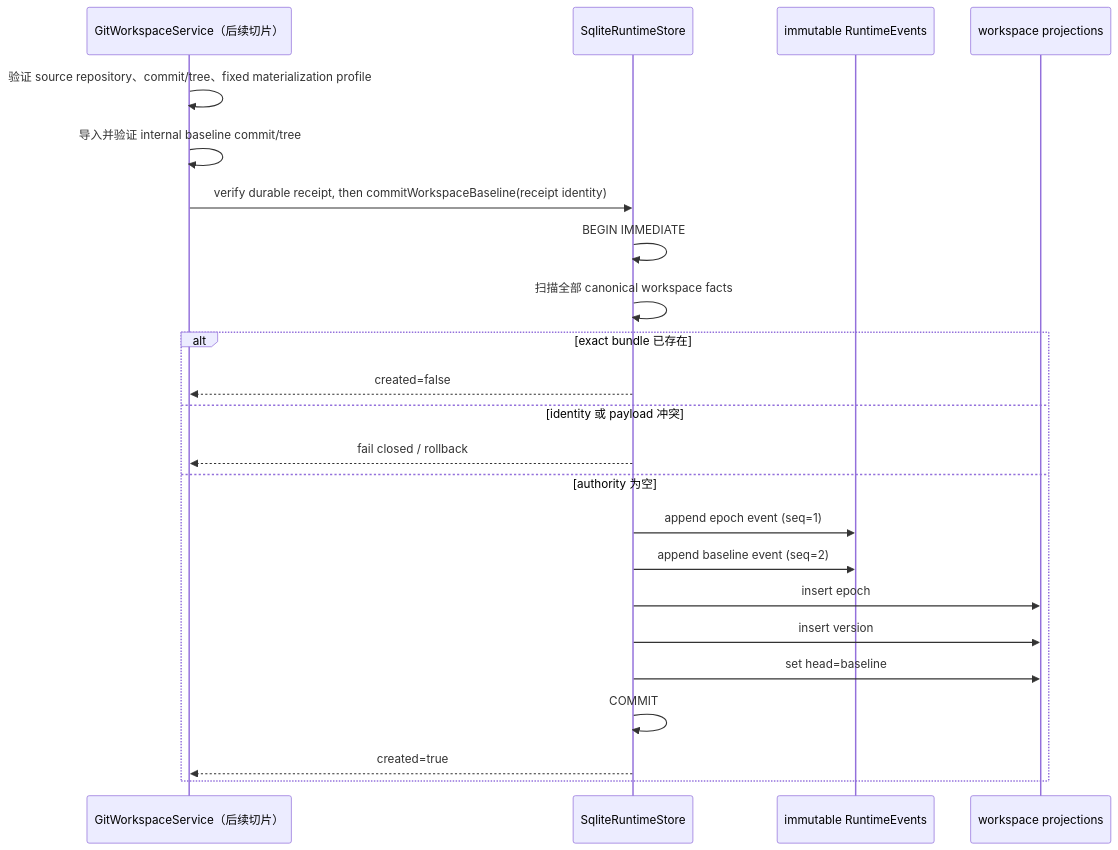
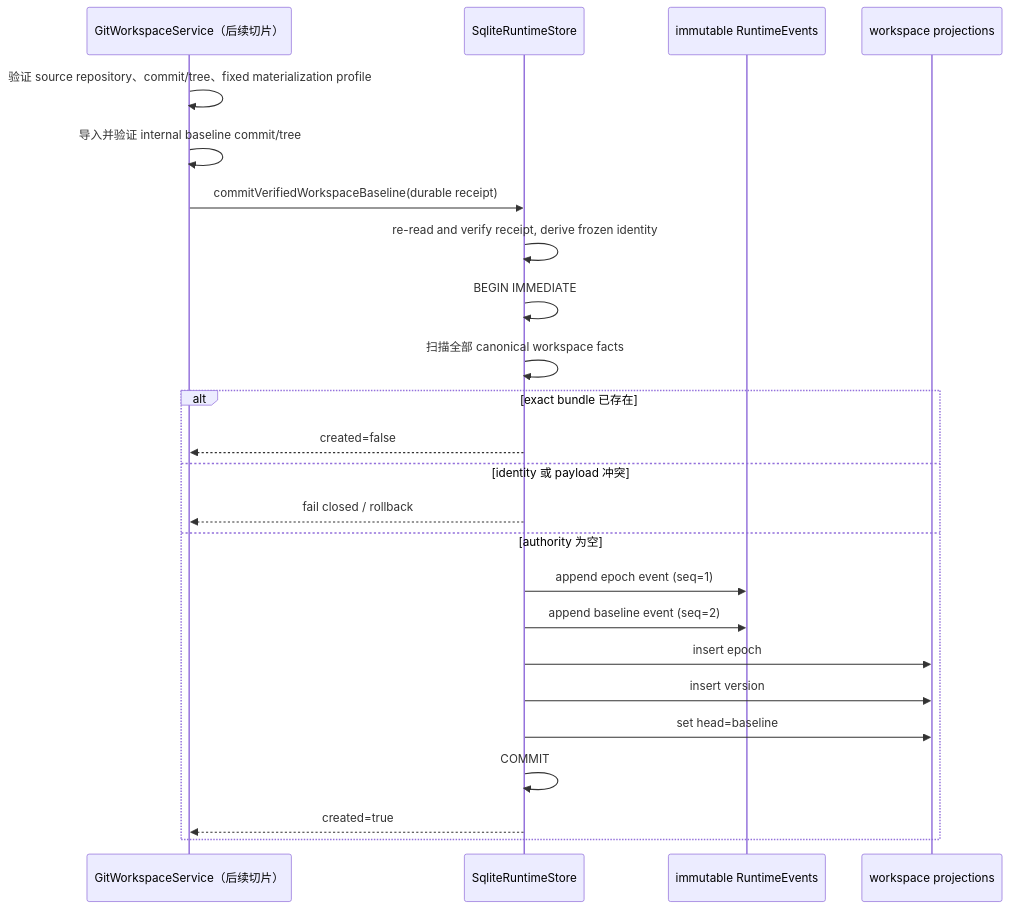
One commit to zhiiw/maka-agent changed the diagram in docs/architecture/runtime-workspace-version-authority-v1.zh-CN.md. Above: the diagram before and after it, drawn with Mermaid. The commit also changed other lines of this file and 7 other files, not shown here.

````diff
--- a/docs/architecture/runtime-workspace-version-authority-v1.zh-CN.md
+++ b/docs/architecture/runtime-workspace-version-authority-v1.zh-CN.md
@@ -178,26 +182,27 @@
 ```mermaid
 sequenceDiagram
   participant G as GitWorkspaceService（后续切片）
   participant S as SqliteRuntimeStore
   participant E as immutable RuntimeEvents
   participant P as workspace projections
 
   G->>G: 验证 source repository、commit/tree、fixed materialization profile
   G->>G: 导入并验证 internal baseline commit/tree
-  G->>S: verify durable receipt, then commitWorkspaceBaseline(receipt identity)
+  G->>S: commitVerifiedWorkspaceBaseline(durable receipt)
+  S->>S: re-read and verify receipt, derive frozen identity
   S->>S: BEGIN IMMEDIATE
   S->>S: 扫描全部 canonical workspace facts
   alt exact bundle 已存在
     S-->>G: created=false
   else identity 或 payload 冲突
     S-->>G: fail closed / rollback
   else authority 为空
     S->>E: append epoch event (seq=1)
     S->>E: append baseline event (seq=2)
     S->>P: insert epoch
     S->>P: insert version
     S->>P: set head=baseline
     S->>S: COMMIT
     S-->>G: created=true
   end
 ```
````
